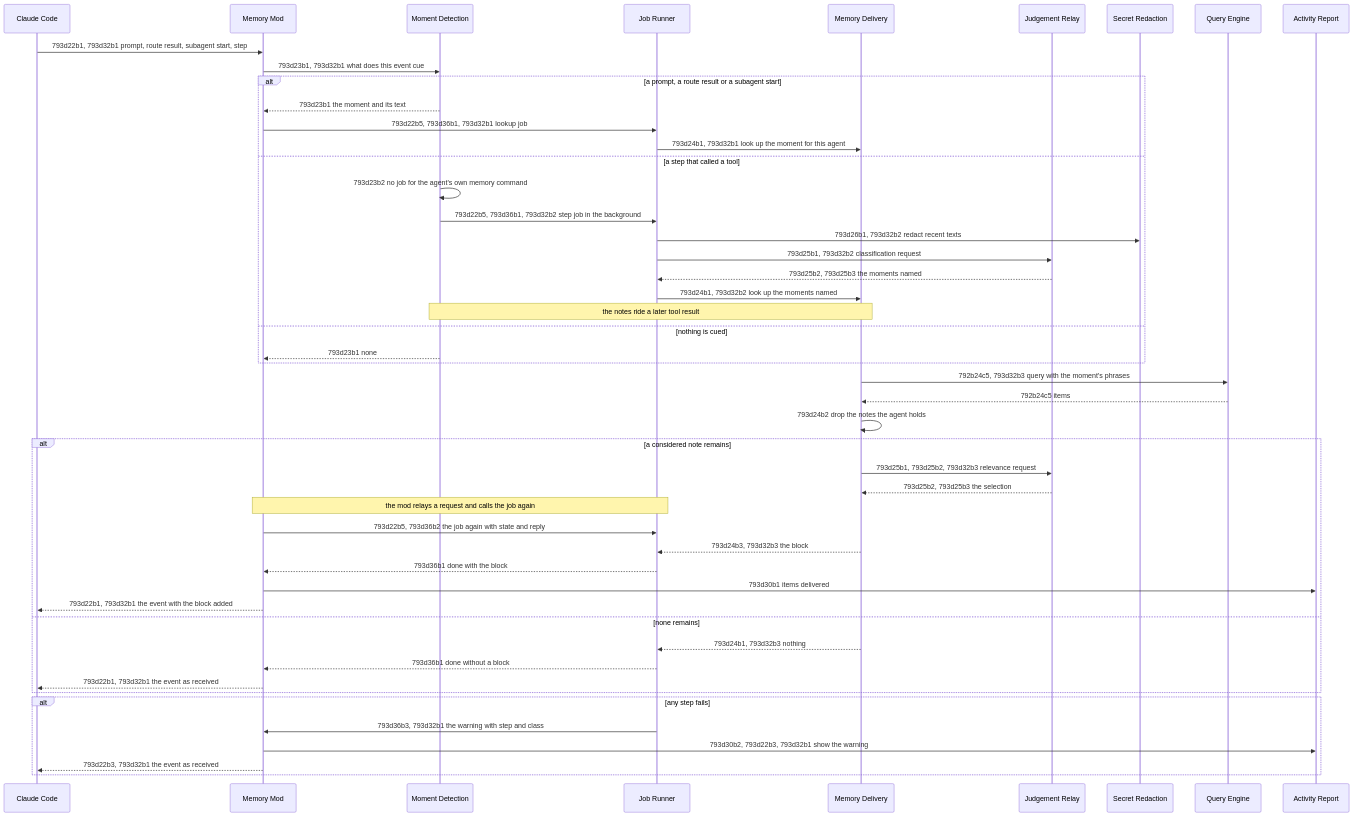
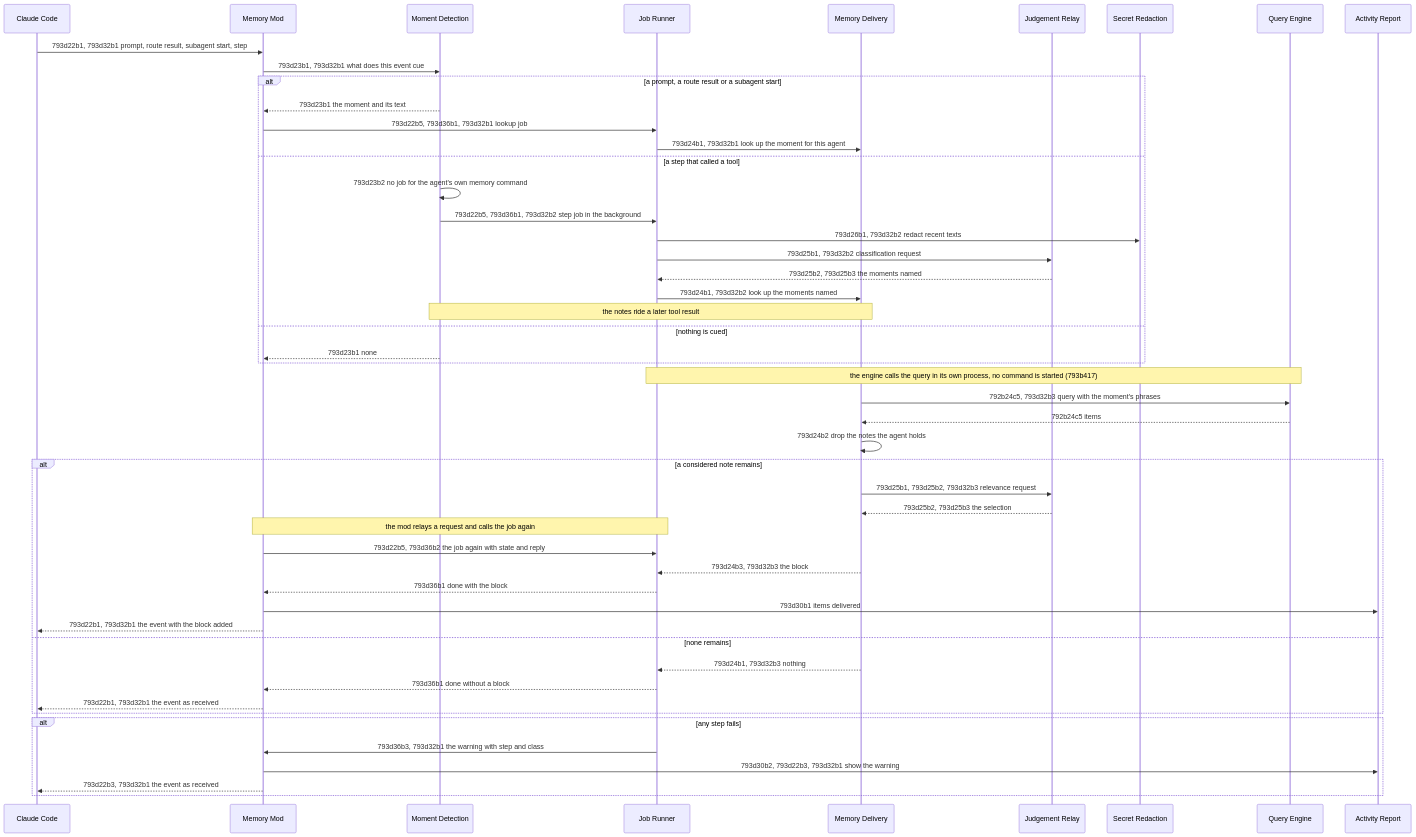
One commit to toejough/engram changed the first of 3 diagrams in docs/changes/793_parallel-memory-agent/793d_technical-spec.md. Above: the diagram before and after it, drawn with Mermaid. The commit also changed other lines of this file and 26 other files, not shown here.

First line of the commit message:
refactor(793e8r): the engine calls the code of the engram commands in process; the fault shims are a harness-only seam

````diff
--- a/docs/changes/793_parallel-memory-agent/793d_technical-spec.md
+++ b/docs/changes/793_parallel-memory-agent/793d_technical-spec.md
@@ -1136,52 +1138,53 @@
 ```mermaid
 sequenceDiagram
     participant Eng as Claude Code
     participant Mod as Memory Mod
     participant Det as Moment Detection
     participant Run as Job Runner
     participant Del as Memory Delivery
     participant JR as Judgement Relay
     participant Red as Secret Redaction
     participant QE as Query Engine
     participant Act as Activity Report
 
     Eng->>Mod: 793d22b1, 793d32b1 prompt, route result, subagent start, step
     Mod->>Det: 793d23b1, 793d32b1 what does this event cue
     alt a prompt, a route result or a subagent start
         Det-->>Mod: 793d23b1 the moment and its text
         Mod->>Run: 793d22b5, 793d36b1, 793d32b1 lookup job
         Run->>Del: 793d24b1, 793d32b1 look up the moment for this agent
     else a step that called a tool
         Det->>Det: 793d23b2 no job for the agent's own memory command
         Det->>Run: 793d22b5, 793d36b1, 793d32b2 step job in the background
         Run->>Red: 793d26b1, 793d32b2 redact recent texts
         Run->>JR: 793d25b1, 793d32b2 classification request
         JR-->>Run: 793d25b2, 793d25b3 the moments named
         Run->>Del: 793d24b1, 793d32b2 look up the moments named
         Note over Det,Del: the notes ride a later tool result
     else nothing is cued
         Det-->>Mod: 793d23b1 none
     end
+    Note over Run,QE: the engine calls the query in its own process, no command is started (793b417)
     Del->>QE: 792b24c5, 793d32b3 query with the moment's phrases
     QE-->>Del: 792b24c5 items
     Del->>Del: 793d24b2 drop the notes the agent holds
     alt a considered note remains
         Del->>JR: 793d25b1, 793d25b2, 793d32b3 relevance request
         JR-->>Del: 793d25b2, 793d25b3 the selection
         Note over Run,Mod: the mod relays a request and calls the job again
         Mod->>Run: 793d22b5, 793d36b2 the job again with state and reply
         Del-->>Run: 793d24b3, 793d32b3 the block
         Run-->>Mod: 793d36b1 done with the block
         Mod->>Act: 793d30b1 items delivered
         Mod-->>Eng: 793d22b1, 793d32b1 the event with the block added
     else none remains
         Del-->>Run: 793d24b1, 793d32b3 nothing
         Run-->>Mod: 793d36b1 done without a block
         Mod-->>Eng: 793d22b1, 793d32b1 the event as received
     end
     alt any step fails
         Run->>Mod: 793d36b3, 793d32b1 the warning with step and class
         Mod->>Act: 793d30b2, 793d22b3, 793d32b1 show the warning
         Mod-->>Eng: 793d22b3, 793d32b1 the event as received
     end
 ```
````
